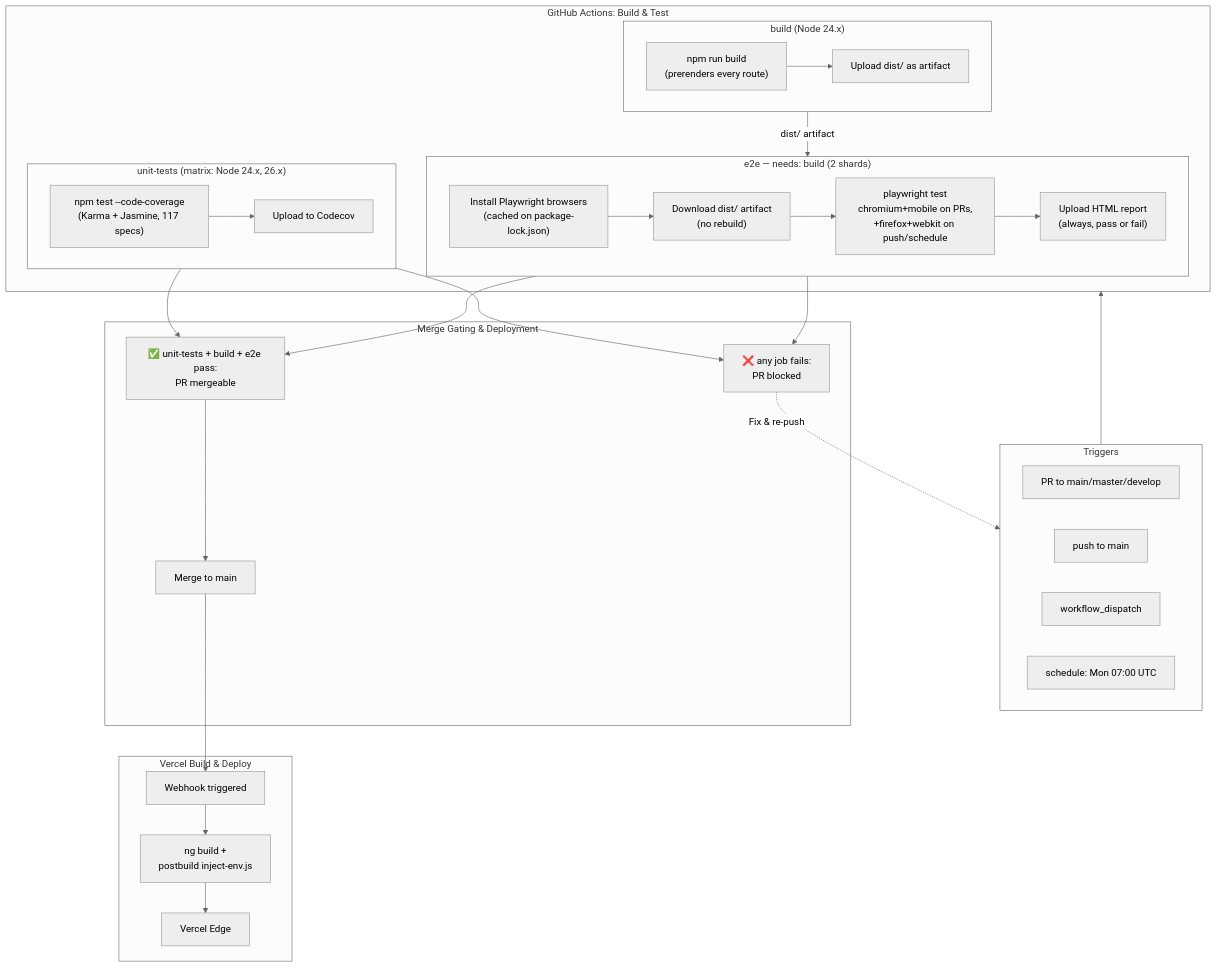
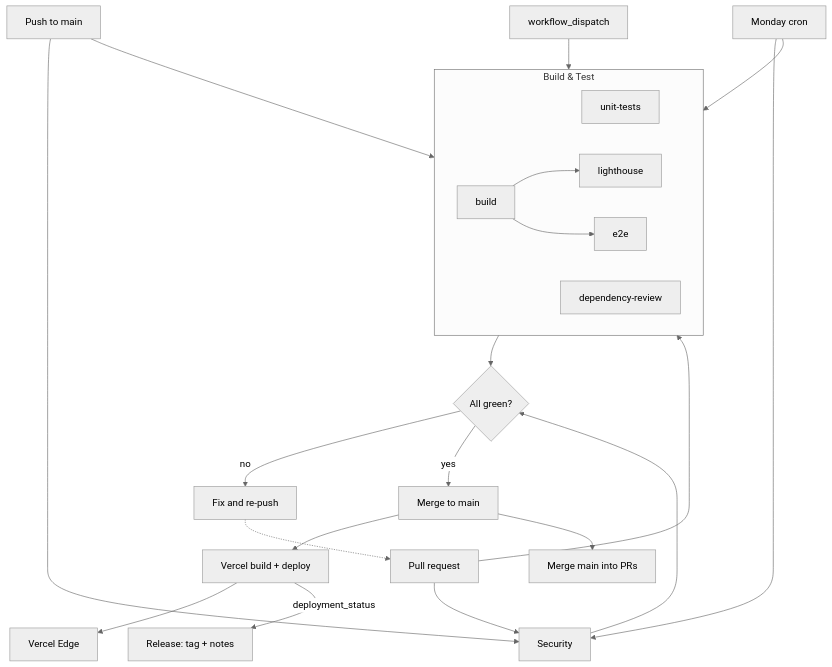
The second of 3 diagrams in README.md (AardeYamz/v3.yannislam.org), drawn with Mermaid (neutral theme) before and after one commit. The commit also changed other lines of this file, not shown here.

First line of the commit message:
Simplify README mermaid diagrams and move detail into tables

````diff
--- a/README.md
+++ b/README.md
@@ -133,53 +139,30 @@
 ```mermaid
 flowchart TB
-    subgraph Trigger["Triggers"]
-        PRPush["PR to main/master/develop"]
-        MainPush["push to main"]
-        Manual["workflow_dispatch"]
-        Nightly["schedule: Mon 07:00 UTC"]
+    PR["Pull request"] --> CI
+    Push["Push to main"] --> CI
+    Cron["Monday cron"] --> CI
+    Manual["workflow_dispatch"] --> CI
+
+    subgraph CI["Build & Test"]
+        Unit["unit-tests"]
+        Build["build"]
+        Lighthouse["lighthouse"]
+        E2E["e2e"]
+        DepReview["dependency-review"]
+        Build --> Lighthouse & E2E
     end
 
-    subgraph GHA["GitHub Actions: Build & Test"]
-        subgraph UnitJob["unit-tests (matrix: Node 24.x, 26.x)"]
-            UTest["npm test --code-coverage<br/>(Karma + Jasmine, 117 specs)"]
-            UCov["Upload to Codecov"]
-            UTest --> UCov
-        end
+    PR --> Sec["Security"]
+    Push --> Sec
+    Cron --> Sec
 
-        subgraph BuildJob["build (Node 24.x)"]
-            BBuild["npm run build<br/>(prerenders every route)"]
-            BUpload["Upload dist/ as artifact"]
-            BBuild --> BUpload
-        end
+    CI & Sec --> Gate{"All green?"}
+    Gate -->|"no"| Fix["Fix and re-push"]
+    Fix -.-> PR
+    Gate -->|"yes"| Merge["Merge to main"]
 
-        subgraph E2EJob["e2e — needs: build (2 shards)"]
-            EBrowsers["Install Playwright browsers<br/>(cached on package-lock.json)"]
-            EDownload["Download dist/ artifact<br/>(no rebuild)"]
-            ERun["playwright test<br/>chromium+mobile on PRs,<br/>+firefox+webkit on push/schedule"]
-            EReport["Upload HTML report<br/>(always, pass or fail)"]
-            EBrowsers --> EDownload --> ERun --> EReport
-        end
-
-        BuildJob -->|"dist/ artifact"| E2EJob
-    end
-
-    subgraph GateAndDeploy["Merge Gating & Deployment"]
-        Mergeable["✅ unit-tests + build + e2e pass:<br/>PR mergeable"]
-        Blocked["❌ any job fails:<br/>PR blocked"]
-        Merged["Merge to main"]
-    end
-
-    subgraph VercelBuild["Vercel Build & Deploy"]
-        VercelCheck["Webhook triggered"]
-        VercelBuild2["ng build +<br/>postbuild inject-env.js"]
-        VercelServe["Vercel Edge"]
-    end
-
-    Trigger --> GHA
-    UnitJob & E2EJob --> Mergeable
-    UnitJob & E2EJob --> Blocked
-    Blocked -.->|"Fix & re-push"| Trigger
-    Mergeable --> Merged
-    Merged --> VercelCheck
-    VercelCheck --> VercelBuild2 --> VercelServe
+    Merge --> Vercel["Vercel build + deploy"]
+    Vercel --> Edge["Vercel Edge"]
+    Vercel -->|"deployment_status"| Release["Release: tag + notes"]
+    Merge --> Sync["Merge main into PRs"]
 ```
````
